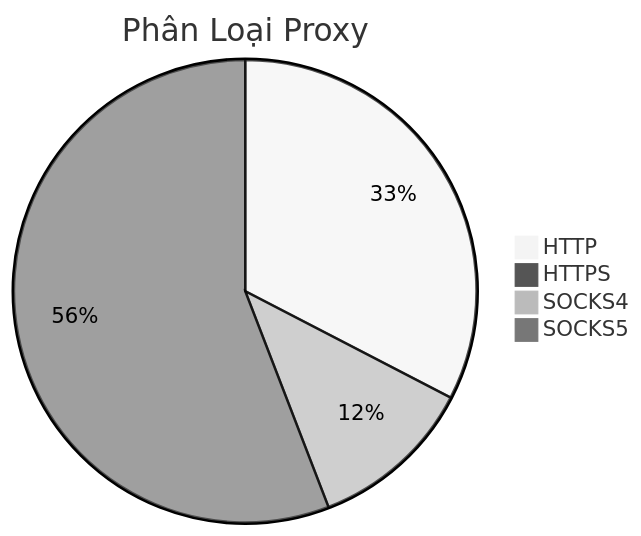
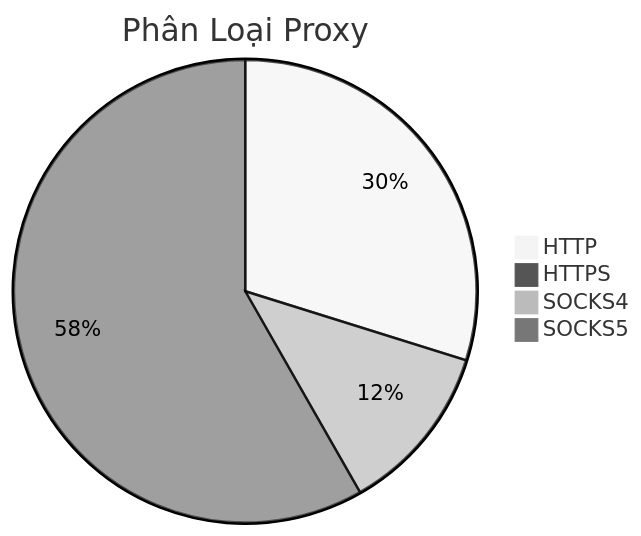
One commit to Ciara-Aa/PROXY-free changed the diagram in README.md. Above: the diagram before and after it, drawn with Mermaid (neutral theme). The commit also changed other lines of this file and 4 other files, not shown here.

````diff
--- a/README.md
+++ b/README.md
@@ -26,7 +26,7 @@
 ```mermaid
 pie title Phân Loại Proxy
-    "HTTP" : 893
-    "HTTPS" : 2
-    "SOCKS4" : 316
-    "SOCKS5" : 1530
+    "HTTP" : 753
+    "HTTPS" : 5
+    "SOCKS4" : 301
+    "SOCKS5" : 1471
 ```
````
